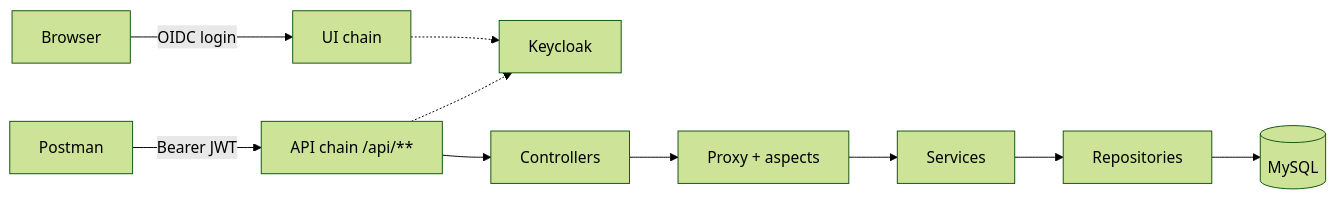
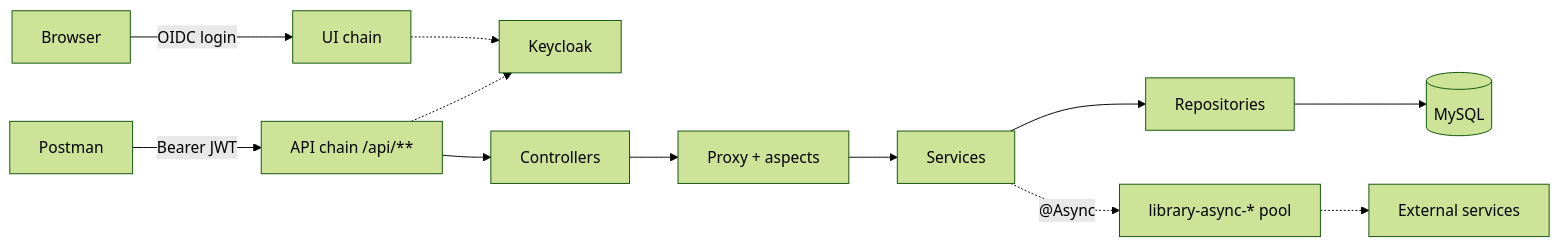
Before and after one commit to oldiix/library_system: the diagram in README.md, drawn with Mermaid (forest theme). The commit also changed other lines of this file, not shown here.

````diff
--- a/README.md
+++ b/README.md
@@ -27,8 +28,10 @@
 ```mermaid
 flowchart LR
     Browser["Browser"] -->|"OIDC login"| UI["UI chain"]
     Client["Postman"] -->|"Bearer JWT"| API["API chain /api/**"]
     UI -.-> KC["Keycloak"]
     API -.-> KC
     API --> C["Controllers"] --> P["Proxy + aspects"] --> S["Services"] --> R["Repositories"] --> DB[("MySQL")]
+    S -.->|"@Async"| POOL["library-async-* pool"]
+    POOL -.-> EXT["External services"]
 ```
````
